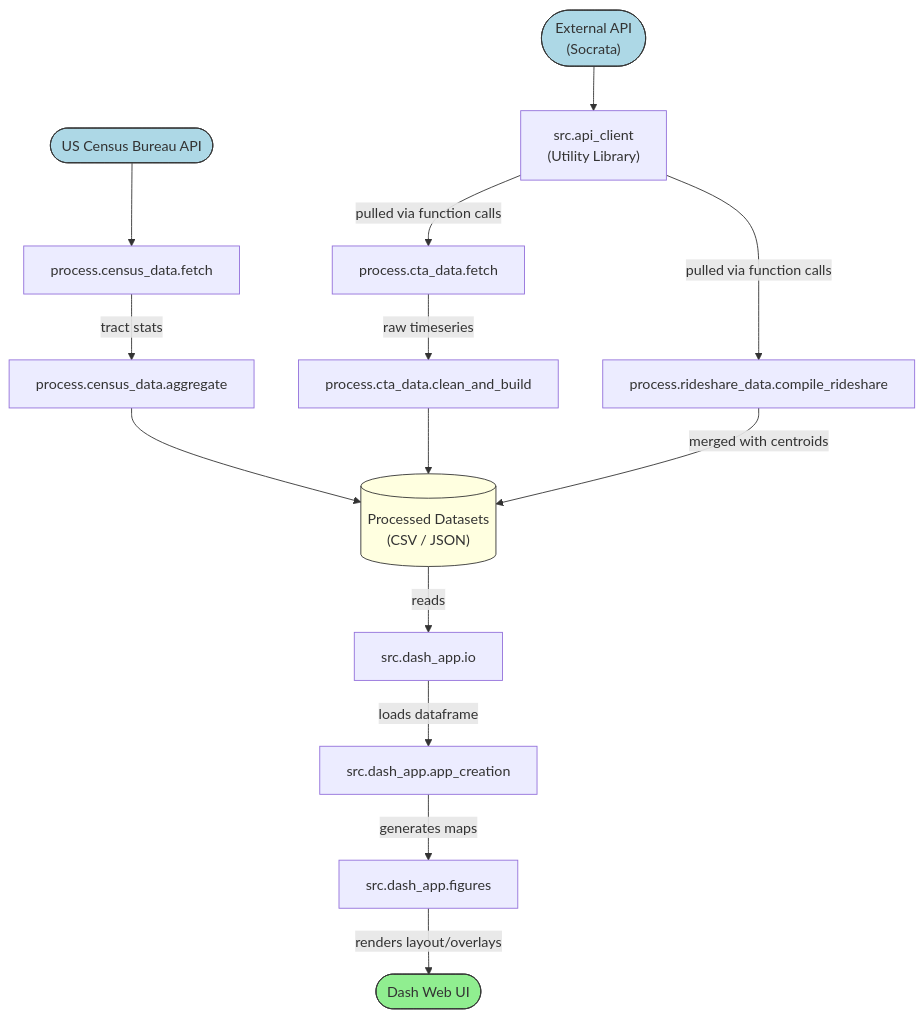
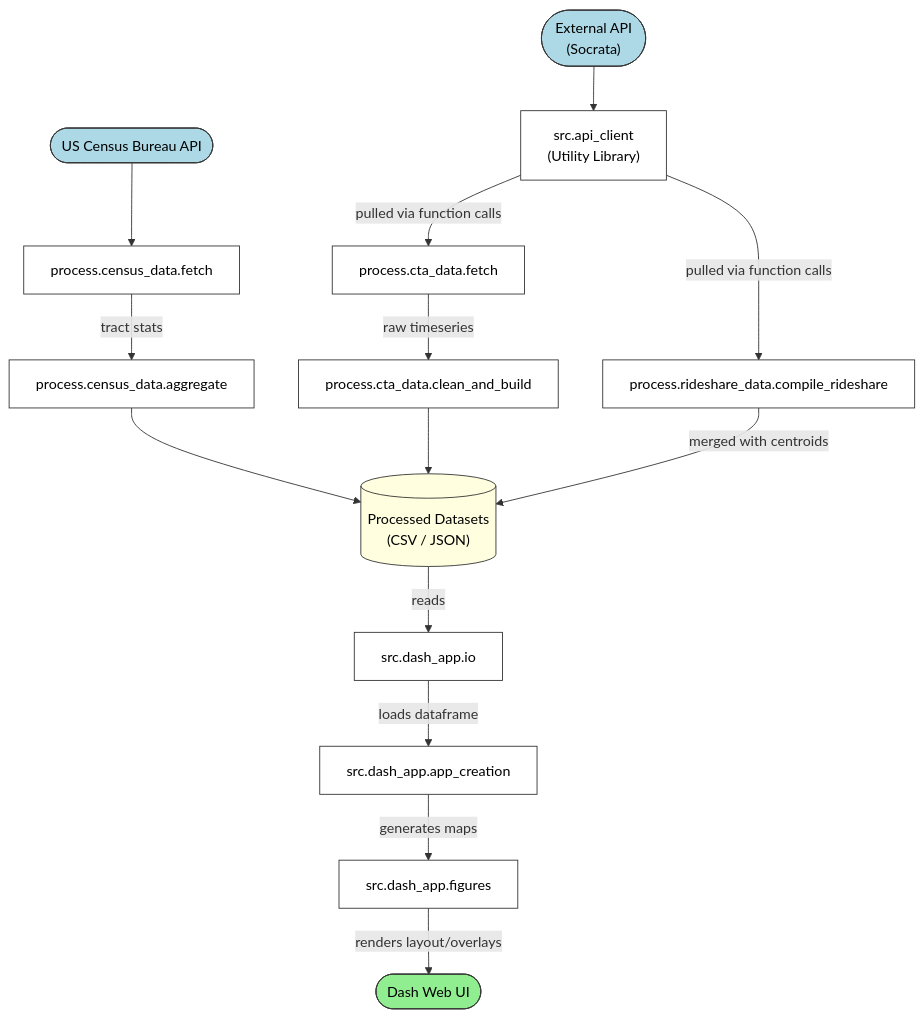
Before and after one commit to uchicago-2026-capp30122/project-cdhw: the first of 2 diagrams in documents/final_milestone.md, drawn with Mermaid. The commit also changed other lines of this file and 2 other files, not shown here.

Commit message:
Format diagrams

````diff
--- a/documents/final_milestone.md
+++ b/documents/final_milestone.md
@@ -84,35 +84,36 @@
 ```mermaid
 graph TB
     ExtAPI(["External API<br/>(Socrata)"]):::lightblue
     CensusAPI(["US Census Bureau API"]):::lightblue
     Processed[("Processed Datasets<br/>(CSV / JSON)")]:::lightyellow
     DashUI(["Dash Web UI"]):::lightgreen
     
     api_client["src.api_client<br/>(Utility Library)"]
     fetch_census["process.census_data.fetch"]
     agg_census["process.census_data.aggregate"]
     fetch_cta["process.cta_data.fetch"]
     clean_cta["process.cta_data.clean_and_build"]
     compile_rideshare["process.rideshare_data.compile_rideshare"]
     dash_io["src.dash_app.io"]
     dash_creation["src.dash_app.app_creation"]
     dash_figures["src.dash_app.figures"]
     
     ExtAPI --> api_client
     CensusAPI --> fetch_census
     api_client -->|"pulled via function calls"| fetch_cta
     api_client -->|"pulled via function calls"| compile_rideshare
     fetch_census -->|"tract stats"| agg_census
     fetch_cta -->|"raw timeseries"| clean_cta
     agg_census --> Processed
     clean_cta --> Processed
     compile_rideshare -->|"merged with centroids"| Processed
     Processed -->|"reads"| dash_io
     dash_io -->|"loads dataframe"| dash_creation
     dash_creation -->|"generates maps"| dash_figures
     dash_figures -->|"renders layout/overlays"| DashUI
 
-    classDef lightblue fill:lightblue,stroke:#333,stroke-width:1px
-    classDef lightyellow fill:lightyellow,stroke:#333,stroke-width:1px
-    classDef lightgreen fill:lightgreen,stroke:#333,stroke-width:1px
+    classDef default fill:#ffffff,color:#000000,stroke:#333333,stroke-width:1px
+    classDef lightblue fill:lightblue,color:#000000,stroke:#333,stroke-width:1px
+    classDef lightyellow fill:lightyellow,color:#000000,stroke:#333,stroke-width:1px
+    classDef lightgreen fill:lightgreen,color:#000000,stroke:#333,stroke-width:1px
 ```
````
